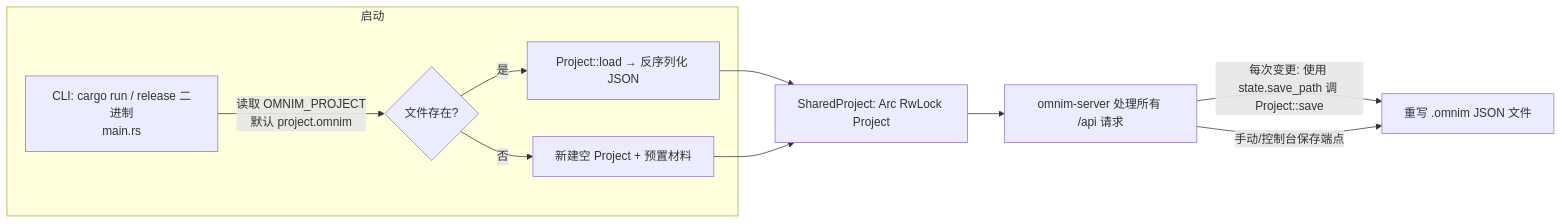
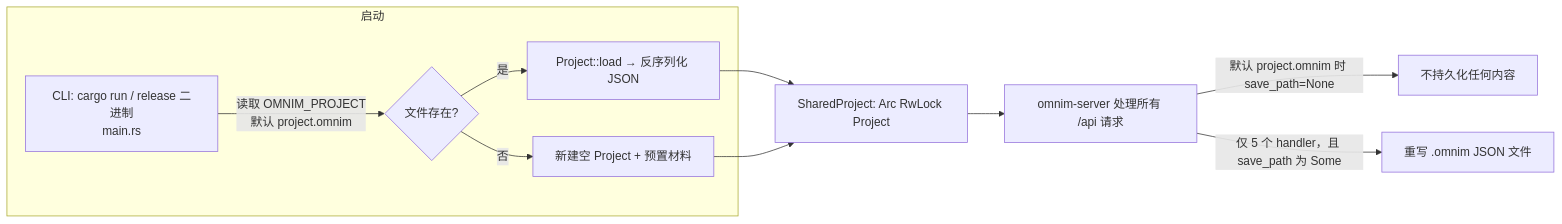
One commit to ronekyng/OmniM changed the fifth of 5 diagrams in docs/architecture/DATA_FLOW.zh-CN.md. Above: the diagram before and after it, drawn with Mermaid. The commit also changed other lines of this file and 74 other files, not shown here.

````diff
--- a/docs/architecture/DATA_FLOW.zh-CN.md
+++ b/docs/architecture/DATA_FLOW.zh-CN.md
@@ -201,13 +219,13 @@
 ```mermaid
 flowchart LR
     subgraph 启动
         A[CLI: cargo run / release 二进制<br/>main.rs] -->|读取 OMNIM_PROJECT<br/>默认 project.omnim| B{文件存在?}
         B -->|是| C[Project::load → 反序列化 JSON]
         B -->|否| D[新建空 Project + 预置材料]
     end
     C --> E[SharedProject: Arc RwLock Project]
     D --> E
     E --> F[omnim-server 处理所有 /api 请求]
-    F -->|每次变更: 使用 state.save_path 调 Project::save| G[重写 .omnim JSON 文件]
-    F -->|手动/控制台保存端点| G
+    F -->|默认 project.omnim 时 save_path=None| X[不持久化任何内容]
+    F -->|仅 5 个 handler，且 save_path 为 Some| G[重写 .omnim JSON 文件]
 ```
````
